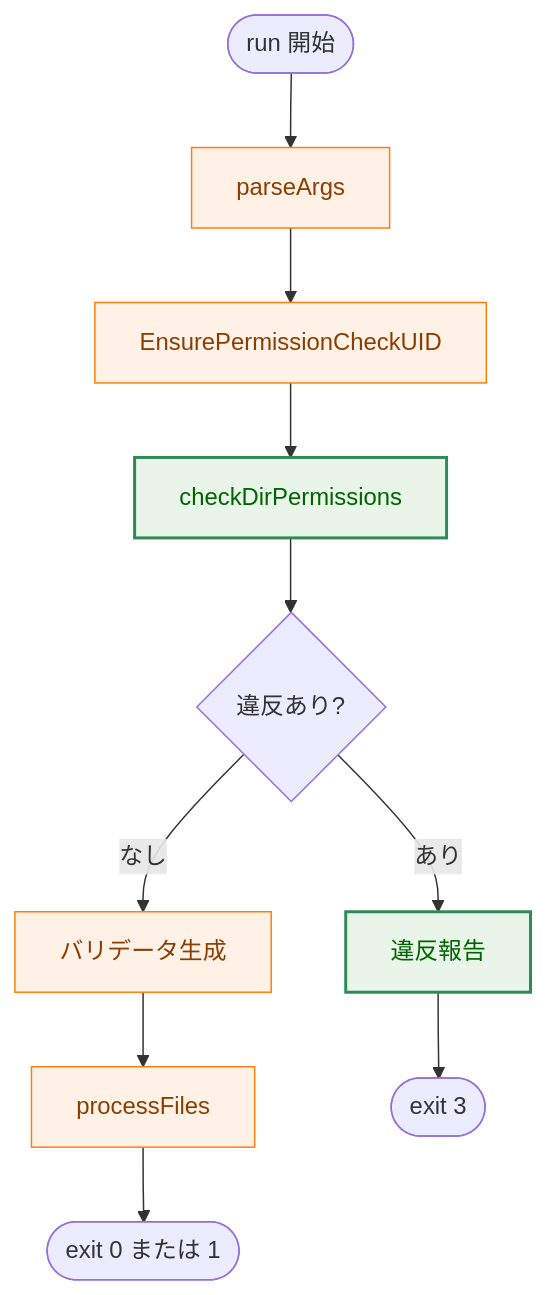
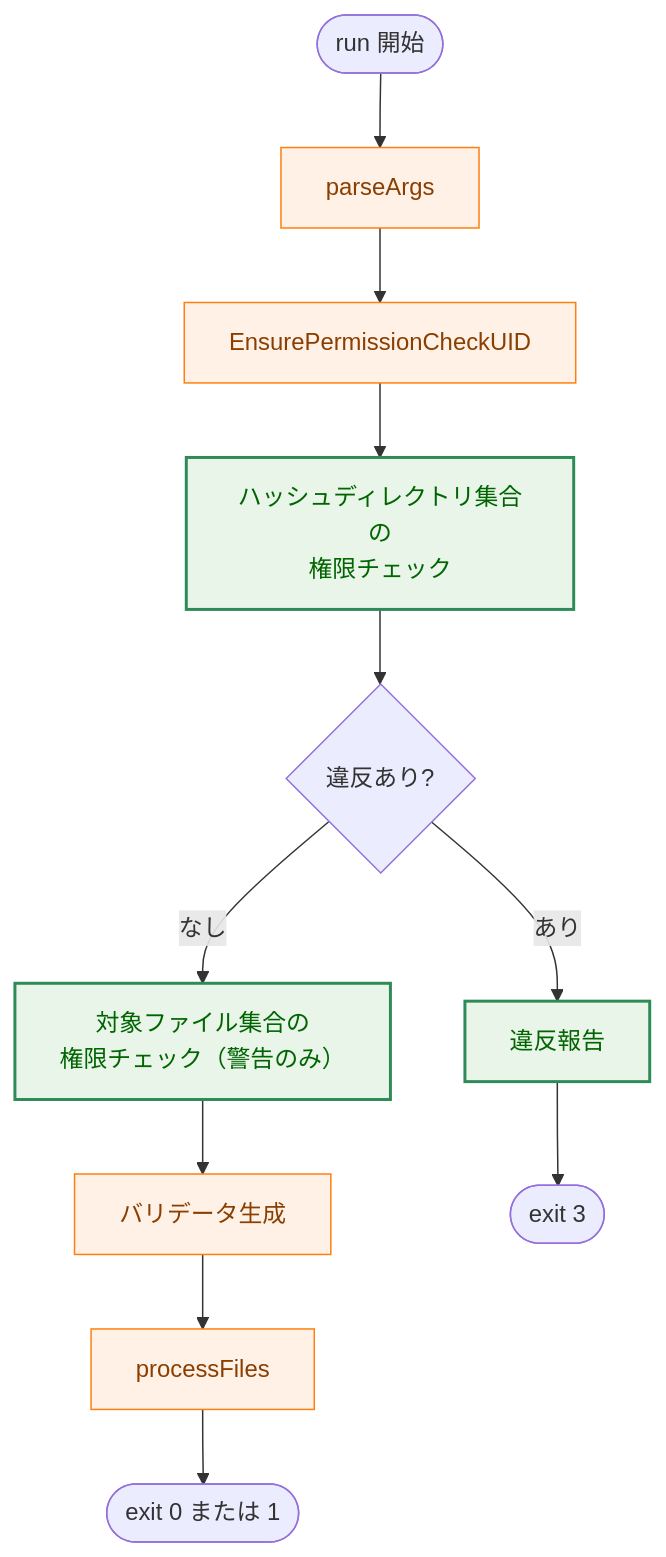
Diagram 12 of 13 in docs/tasks/0162_entrypoint_runid_privilege_toctou_hardening/02_architecture.md (isseis/go-safe-cmd-runner), drawn with Mermaid before and after one commit. The commit also changed other lines of this file and 1 other file, not shown here.

````diff
--- a/docs/tasks/0162_entrypoint_runid_privilege_toctou_hardening/02_architecture.md
+++ b/docs/tasks/0162_entrypoint_runid_privilege_toctou_hardening/02_architecture.md
@@ -730,18 +757,19 @@
 ```mermaid
 flowchart TD
     classDef process fill:#fff1e6,stroke:#ff7f0e,stroke-width:1px,color:#8a3e00;
     classDef enhanced fill:#e8f5e8,stroke:#2e8b57,stroke-width:2px,color:#006400;
 
     S(["run 開始"]) --> P1["parseArgs"]
     P1 --> P2["EnsurePermissionCheckUID"]
-    P2 --> P3["checkDirPermissions"]
+    P2 --> P3["ハッシュディレクトリ集合の<br>権限チェック"]
     P3 --> Q1{"違反あり?"}
     Q1 -->|"あり"| F1["違反報告"]
-    Q1 -->|"なし"| P4["バリデータ生成"]
+    Q1 -->|"なし"| P6["対象ファイル集合の<br>権限チェック（警告のみ）"]
+    P6 --> P4["バリデータ生成"]
     P4 --> P5["processFiles"]
     F1 --> X(["exit 3"])
     P5 --> E(["exit 0 または 1"])
 
-    class P3,F1 enhanced
+    class P3,P6,F1 enhanced
     class P1,P2,P4,P5 process
 ```
````
